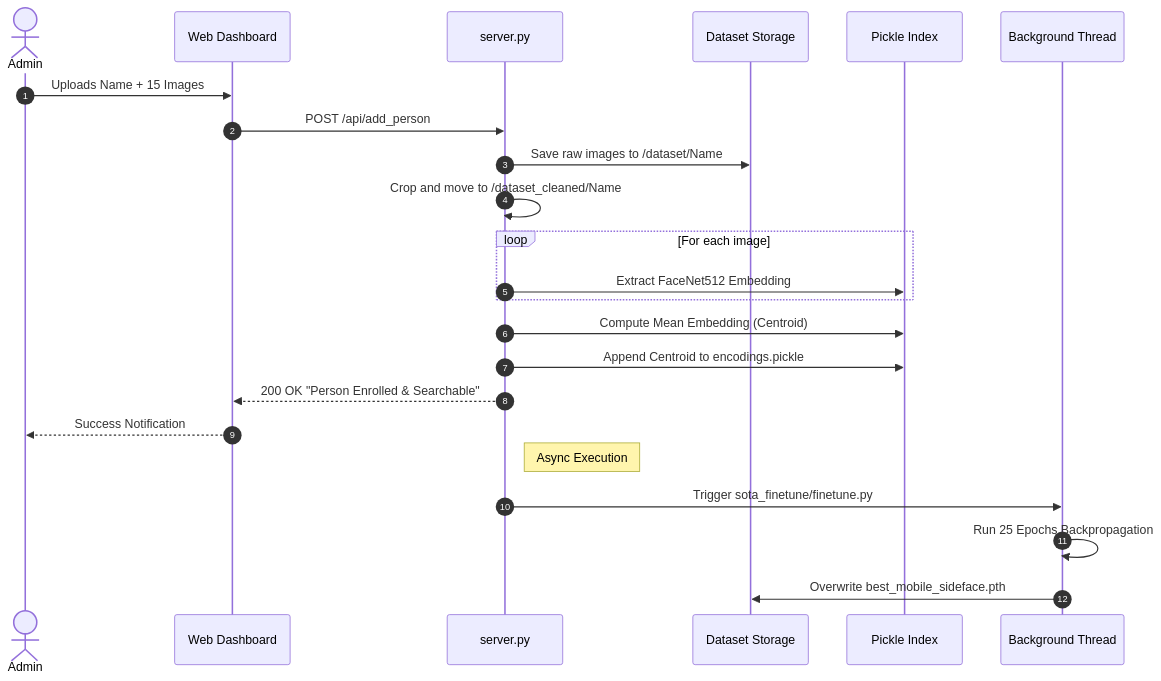
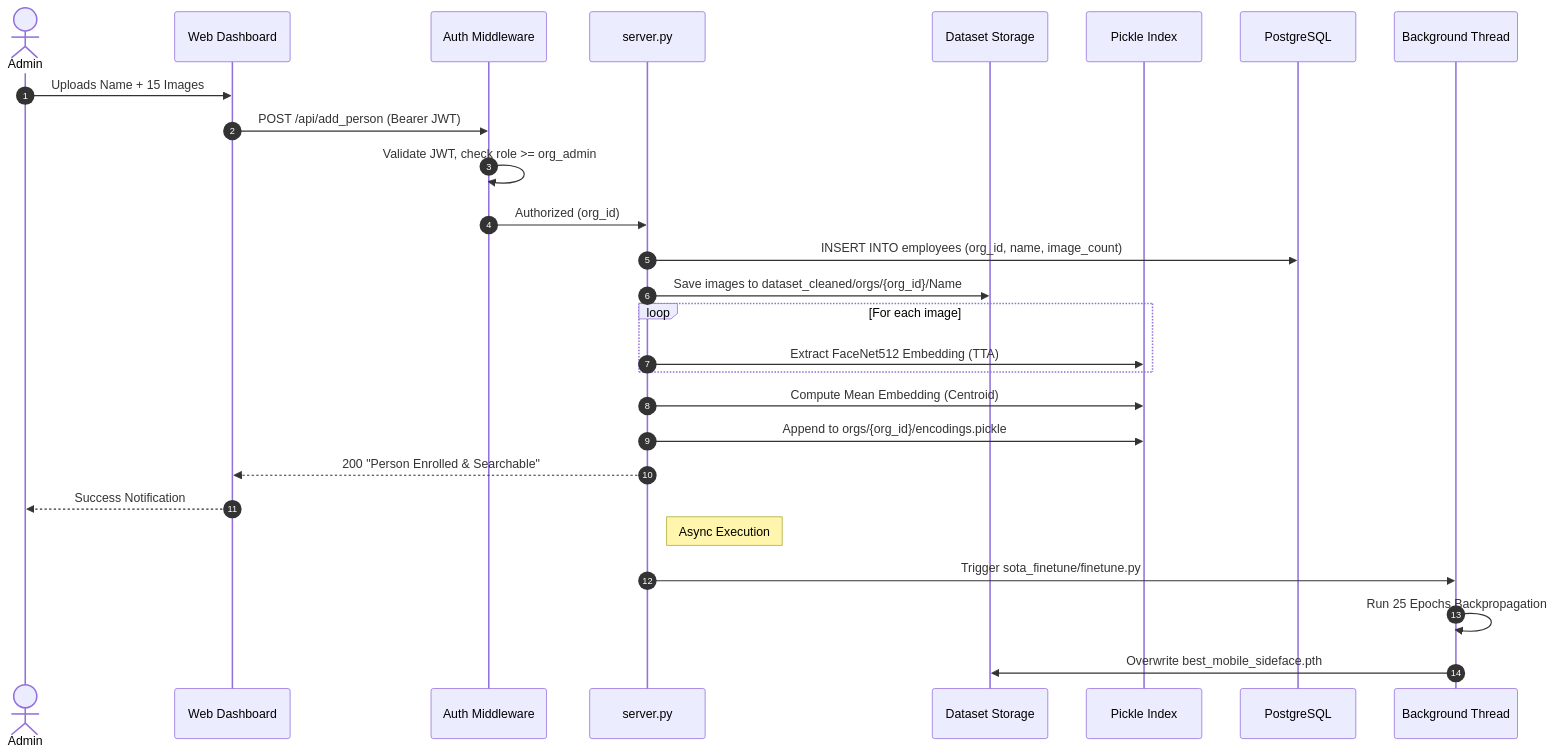
The fourth of 6 diagrams in docs/10_Data_Flow.md (PrashantTarbundiya/RMS), drawn with Mermaid before and after one commit. The commit also changed other lines of this file and 33 other files, not shown here.

Commit message:
feat: implement robust security architecture, multi-tenant isolation, and automated update management system

````diff
--- a/docs/10_Data_Flow.md
+++ b/docs/10_Data_Flow.md
@@ -43,29 +104,33 @@
 ```mermaid
 sequenceDiagram
     autonumber
     actor Admin
     participant Dashboard as Web Dashboard
+    participant MW as Auth Middleware
     participant API as server.py
     participant FileSys as Dataset Storage
     participant KNN as Pickle Index
+    participant DB as PostgreSQL
     participant PyTorch as Background Thread
     
     Admin->>Dashboard: Uploads Name + 15 Images
-    Dashboard->>API: POST /api/add_person
-    API->>FileSys: Save raw images to /dataset/Name
-    API->>API: Crop and move to /dataset_cleaned/Name
+    Dashboard->>MW: POST /api/add_person (Bearer JWT)
+    MW->>MW: Validate JWT, check role >= org_admin
+    MW->>API: Authorized (org_id)
+    API->>DB: INSERT INTO employees (org_id, name, image_count)
+    API->>FileSys: Save images to dataset_cleaned/orgs/{org_id}/Name
     
     loop For each image
-        API->>KNN: Extract FaceNet512 Embedding
+        API->>KNN: Extract FaceNet512 Embedding (TTA)
     end
     API->>KNN: Compute Mean Embedding (Centroid)
-    API->>KNN: Append Centroid to encodings.pickle
+    API->>KNN: Append to orgs/{org_id}/encodings.pickle
     
-    API-->>Dashboard: 200 OK "Person Enrolled & Searchable"
+    API-->>Dashboard: 200 "Person Enrolled & Searchable"
     Dashboard-->>Admin: Success Notification
     
     Note right of API: Async Execution
     API->>PyTorch: Trigger sota_finetune/finetune.py
     PyTorch->>PyTorch: Run 25 Epochs Backpropagation
     PyTorch->>FileSys: Overwrite best_mobile_sideface.pth
 ```
````
